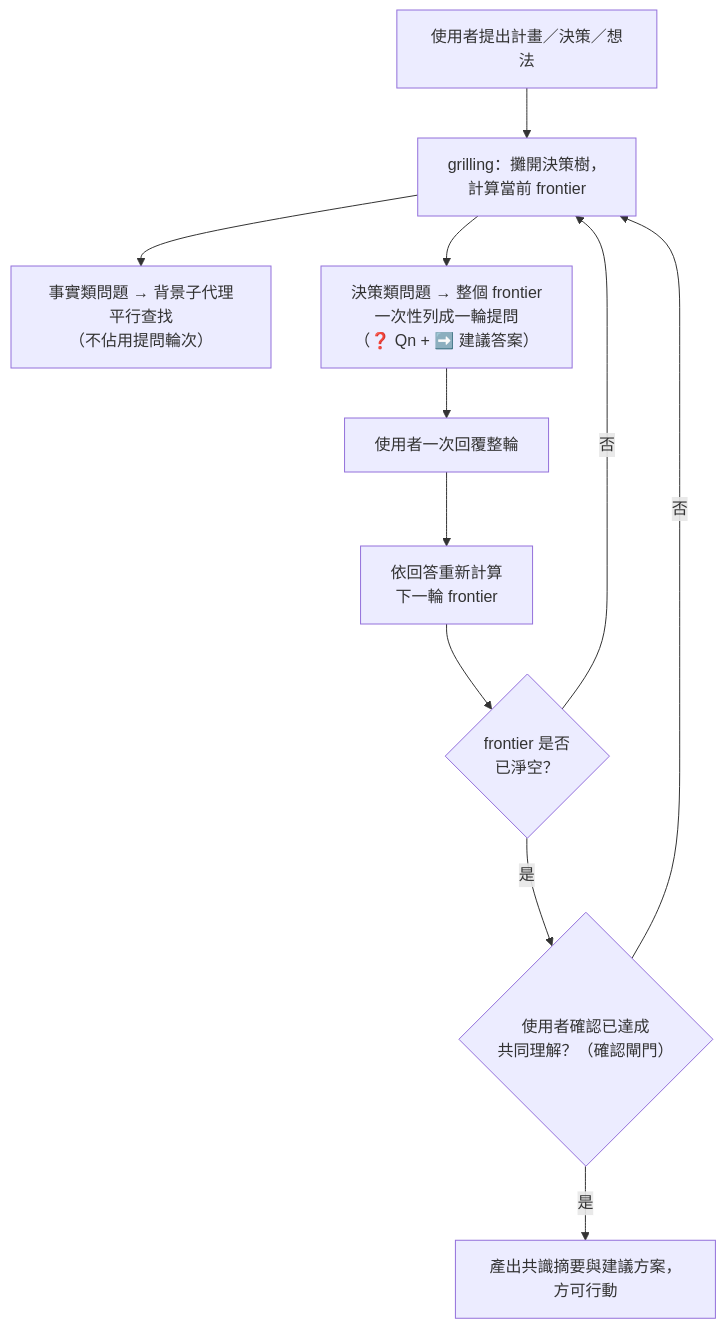
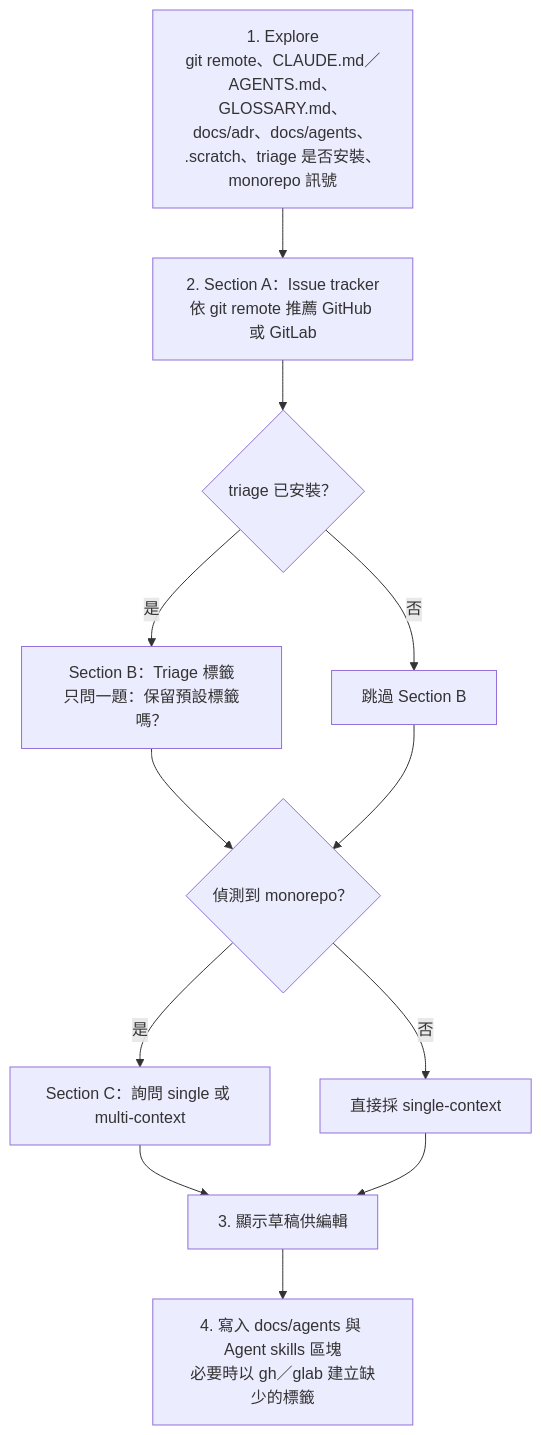
Before and after one commit to chihhung/Blog: the fourth of 14 diagrams in content/posts/教學/AI開發/mattpocock skills 教學手冊.md, drawn with Mermaid. The commit also changed other lines of this file and 1 other file, not shown here.

Commit message:
docs: update copilot cli and mattpocock skills doc

````diff
--- a/content/posts/教學/AI開發/mattpocock skills 教學手冊.md
+++ b/content/posts/教學/AI開發/mattpocock skills 教學手冊.md
@@ -947,13 +740,14 @@
 ```mermaid
 flowchart TD
-    A["使用者提出計畫／決策／想法"] --> B["grilling：攤開決策樹，<br/>計算當前 frontier"]
-    B --> C["事實類問題 → 背景子代理平行查找<br/>（不佔用提問輪次）"]
-    B --> D["決策類問題 → 整個 frontier<br/>一次性列成一輪提問<br/>（❓ Qn + ➡️ 建議答案）"]
-    D --> E["使用者一次回覆整輪"]
-    E --> F["依回答重新計算<br/>下一輪 frontier"]
-    F --> G{"frontier 是否<br/>已淨空？"}
-    G -->|"否"| B
-    G -->|"是"| H{"使用者確認已達成<br/>共同理解？（確認閘門）"}
-    H -->|"否"| B
-    H -->|"是"| I["產出共識摘要與建議方案，方可行動"]
+    A["1. Explore<br/>git remote、CLAUDE.md／AGENTS.md、<br/>GLOSSARY.md、docs/adr、docs/agents、<br/>.scratch、triage 是否安裝、monorepo 訊號"] --> B["2. Section A：Issue tracker<br/>依 git remote 推薦 GitHub 或 GitLab"]
+    B --> C{"triage 已安裝？"}
+    C -->|"是"| D["Section B：Triage 標籤<br/>只問一題：保留預設標籤嗎？"]
+    C -->|"否"| E["跳過 Section B"]
+    D --> F{"偵測到 monorepo？"}
+    E --> F
+    F -->|"是"| G["Section C：詢問 single 或 multi-context"]
+    F -->|"否"| H["直接採 single-context"]
+    G --> I["3. 顯示草稿供編輯"]
+    H --> I
+    I --> J["4. 寫入 docs/agents 與 Agent skills 區塊<br/>必要時以 gh／glab 建立缺少的標籤"]
 ```
````
